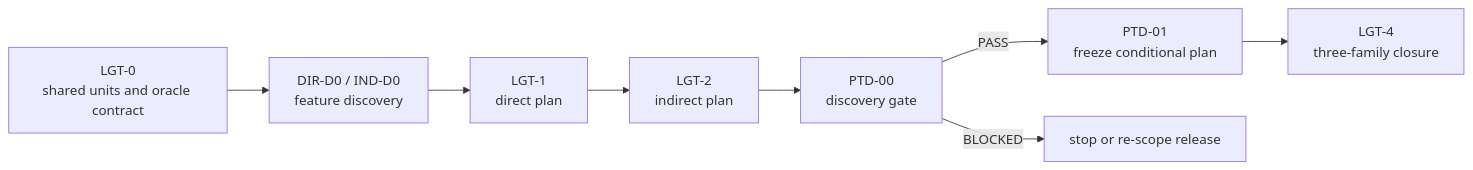
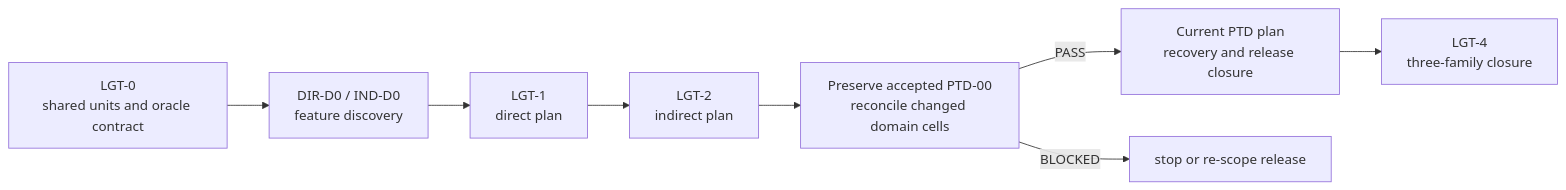
The diagram in Docs/Architecture/Modules/Engine/Renderer/FirstRelease/Lighting.md (stoleckipawel/SparkleEngine), drawn with Mermaid before and after one commit. The commit also changed other lines of this file and 21 other files, not shown here.

````diff
--- a/Docs/Architecture/Modules/Engine/Renderer/FirstRelease/Lighting.md
+++ b/Docs/Architecture/Modules/Engine/Renderer/FirstRelease/Lighting.md
@@ -17,10 +19,10 @@
 ```mermaid
 flowchart LR
     L0[LGT-0<br/>shared units and oracle contract] --> D0[DIR-D0 / IND-D0<br/>feature discovery]
     D0 --> L1[LGT-1<br/>direct plan]
     L1 --> L2[LGT-2<br/>indirect plan]
-    L2 --> D[PTD-00<br/>discovery gate]
-    D -->|PASS| P[PTD-01<br/>freeze conditional plan]
+    L2 --> D[Preserve accepted PTD-00<br/>reconcile changed domain cells]
+    D -->|PASS| P[Current PTD plan<br/>recovery and release closure]
     D -->|BLOCKED| S[stop or re-scope release]
     P --> L4[LGT-4<br/>three-family closure]
 ```
````
